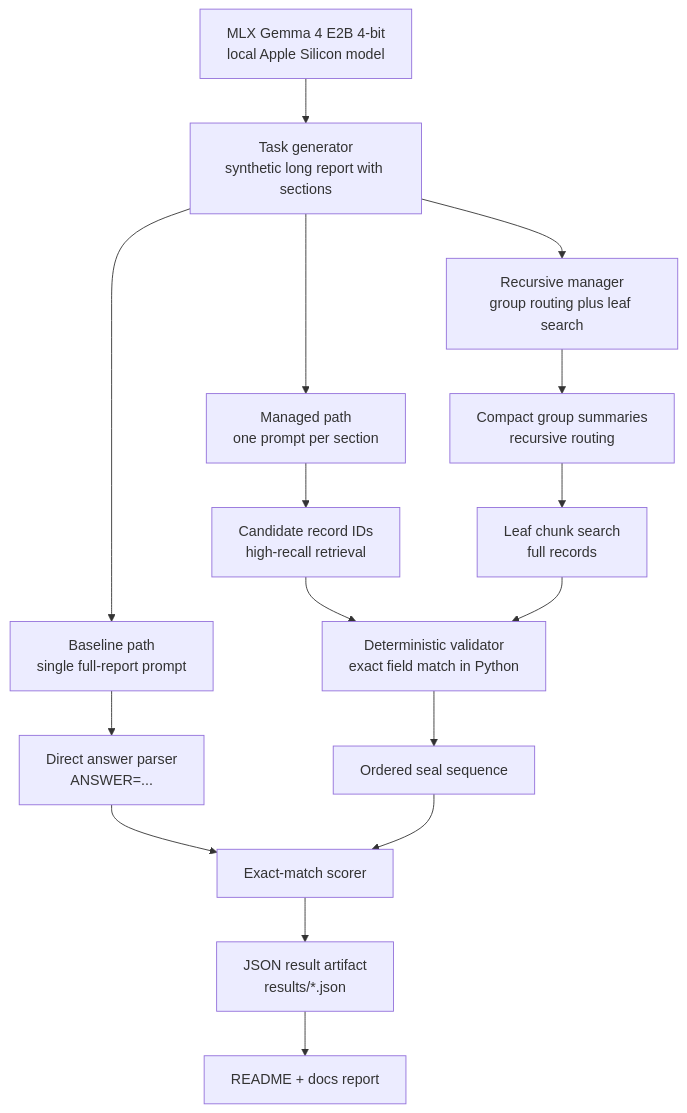
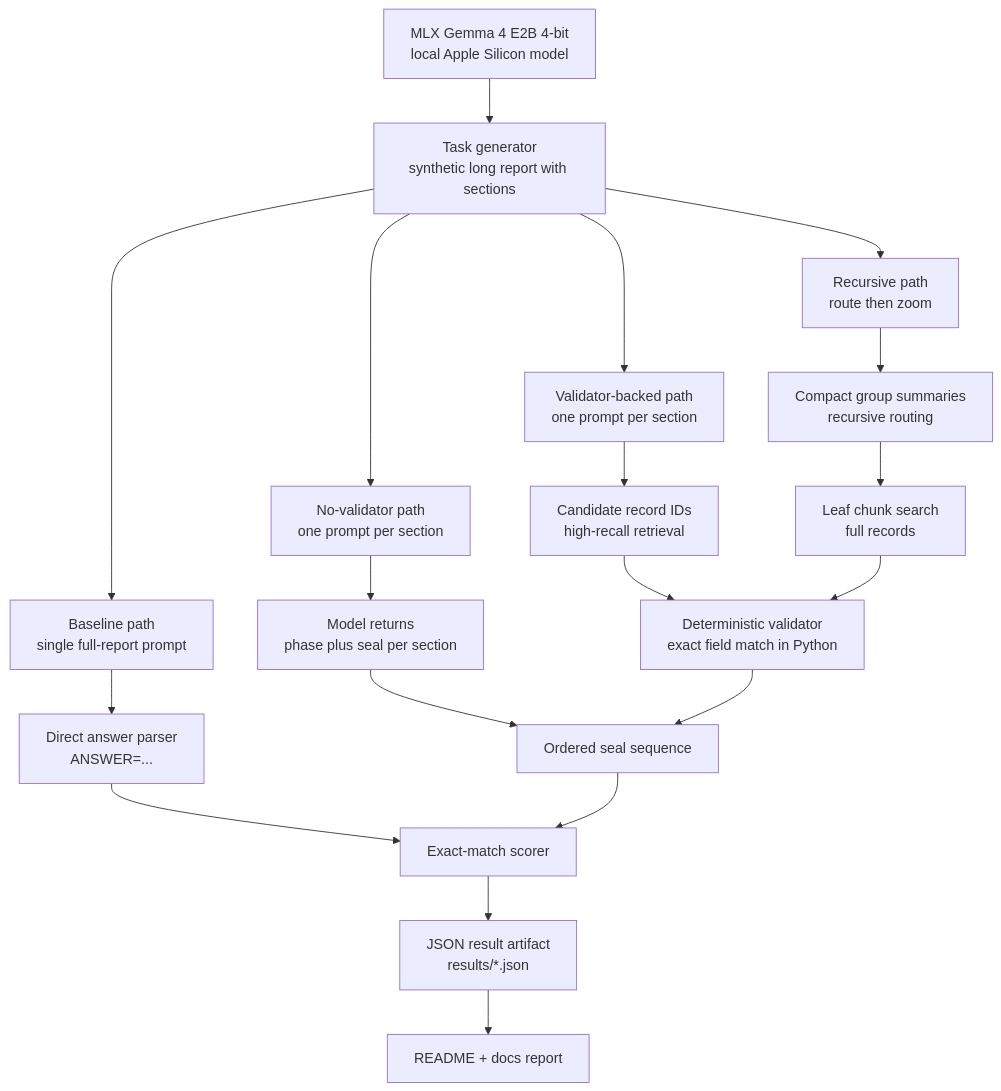
The first of 5 diagrams in README.md (dylanler/latent-planning), drawn with Mermaid before and after one commit. The commit also changed other lines of this file and 7 other files, not shown here.

````diff
--- a/README.md
+++ b/README.md
@@ -18,18 +27,21 @@
 ```mermaid
 flowchart TD
     A[MLX Gemma 4 E2B 4-bit<br/>local Apple Silicon model] --> B[Task generator<br/>synthetic long report with sections]
     B --> C[Baseline path<br/>single full-report prompt]
-    B --> D[Managed path<br/>one prompt per section]
-    B --> R[Recursive manager<br/>group routing plus leaf search]
-    C --> E[Direct answer parser<br/>ANSWER=...]
-    D --> F[Candidate record IDs<br/>high-recall retrieval]
+    B --> D[No-validator path<br/>one prompt per section]
+    B --> E[Validator-backed path<br/>one prompt per section]
+    B --> R[Recursive path<br/>route then zoom]
+    C --> CP[Direct answer parser<br/>ANSWER=...]
+    D --> DP[Model returns<br/>phase plus seal per section]
+    E --> EP[Candidate record IDs<br/>high-recall retrieval]
     R --> RS[Compact group summaries<br/>recursive routing]
     RS --> RL[Leaf chunk search<br/>full records]
-    F --> G[Deterministic validator<br/>exact field match in Python]
-    RL --> G
-    G --> H[Ordered seal sequence]
-    E --> I[Exact-match scorer]
-    H --> I[Exact-match scorer]
-    I --> J[JSON result artifact<br/>results/*.json]
+    EP --> V[Deterministic validator<br/>exact field match in Python]
+    RL --> V
+    DP --> O[Ordered seal sequence]
+    V --> O
+    CP --> S[Exact-match scorer]
+    O --> S
+    S --> J[JSON result artifact<br/>results/*.json]
     J --> K[README + docs report]
 ```
````
